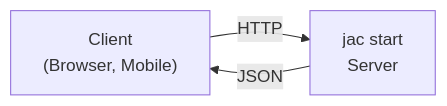
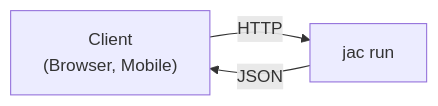
The diagram in jac/jaclang/cli/docs/tutorials/production/local.md (chess10kp/osprey), drawn with Mermaid before and after one commit. The commit also changed other lines of this file and 4140 other files, not shown here.

````diff
--- a/jac/jaclang/cli/docs/tutorials/production/local.md
+++ b/jac/jaclang/cli/docs/tutorials/production/local.md
@@ -20,5 +20,5 @@
 ```mermaid
 graph LR
-    Client["Client<br/>(Browser, Mobile)"] -- "HTTP" --> Server["jac start<br/>Server"]
+    Client["Client<br/>(Browser, Mobile)"] -- "HTTP" --> Server["jac run"]
     Server -- "JSON" --> Client
 ```
````
